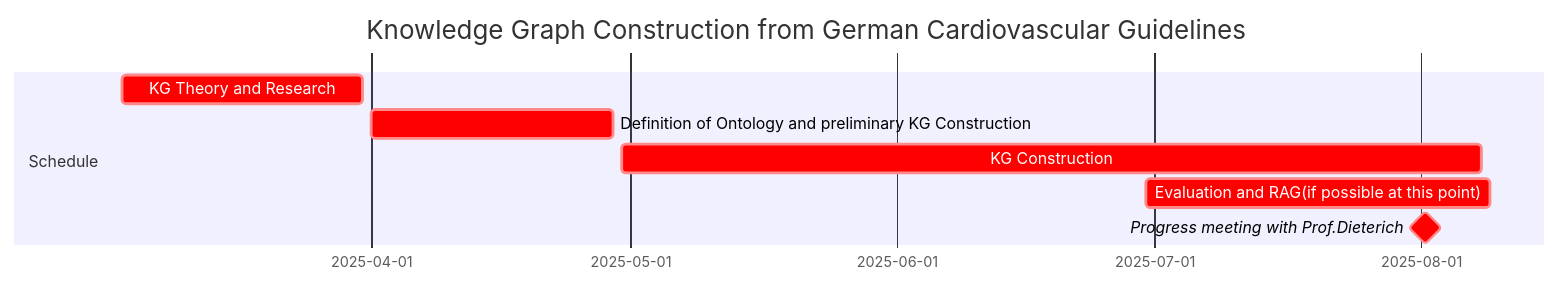
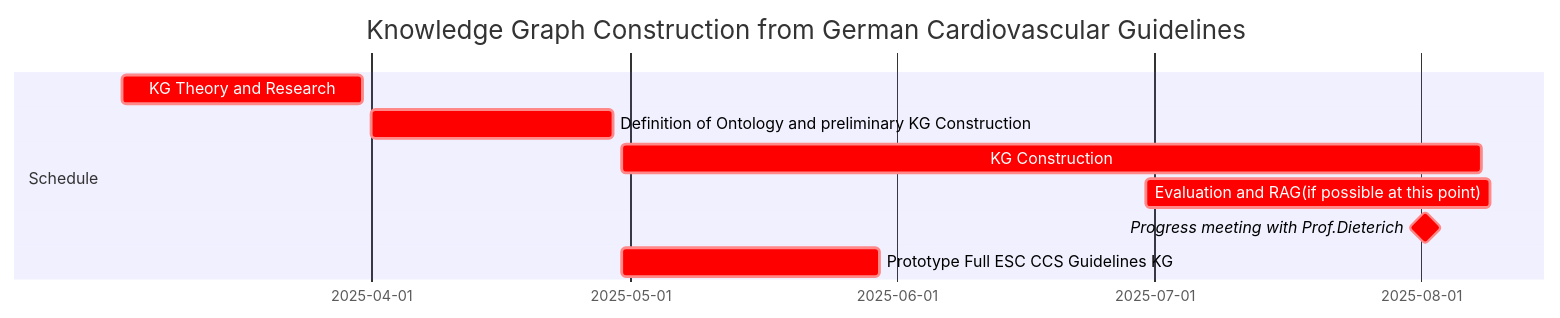
Before and after one commit to dieterich-lab/CardioGuidelinesGraph: the diagram in README.md, drawn with Mermaid.

Commit message:
Update Gantt chart
Updated with goal for August

````diff
--- a/README.md
+++ b/README.md
@@ -8,12 +8,13 @@
 ```mermaid
 gantt
     title Knowledge Graph Construction from German Cardiovascular Guidelines
     dateFormat  YYYY-MM-DD
     section Schedule
     KG Theory and Research :crit, m1, 2025-03-03, 28d
     Definition of Ontology and preliminary KG Construction:crit, m2, 2025-04-01, 28d
     KG Construction:crit, m3, 2025-04-30, 100d
     Evaluation and RAG(if possible at this point):crit, m3, 2025-06-30, 40d
     Progress meeting with Prof.Dieterich:milestone, crit, 2025-08-01, 1d
+    Prototype Full ESC CCS Guidelines KG:crit, m3, 2025-04-30, 30d
    
 ```
````
